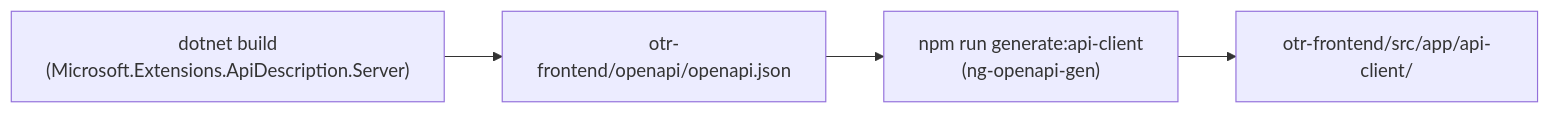
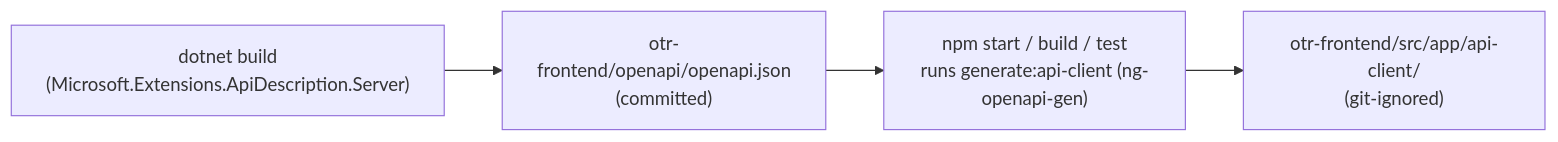
Before and after one commit to samuelthomas08/open-time-record: the sixth of 6 diagrams in docs/architecture.md, drawn with Mermaid. The commit also changed other lines of this file and 7 other files, not shown here.

First line of the commit message:
build: generate API client from committed OpenAPI contract instead of checking it in

````diff
--- a/docs/architecture.md
+++ b/docs/architecture.md
@@ -186,6 +186,6 @@
 ```mermaid
 flowchart LR
-    A["dotnet build<br/>(Microsoft.Extensions.ApiDescription.Server)"] --> B["otr-frontend/openapi/openapi.json"]
-    B --> C["npm run generate:api-client<br/>(ng-openapi-gen)"]
-    C --> D["otr-frontend/src/app/api-client/"]
+    A["dotnet build<br/>(Microsoft.Extensions.ApiDescription.Server)"] --> B["otr-frontend/openapi/openapi.json<br/>(committed)"]
+    B --> C["npm start / build / test<br/>runs generate:api-client (ng-openapi-gen)"]
+    C --> D["otr-frontend/src/app/api-client/<br/>(git-ignored)"]
 ```
````
